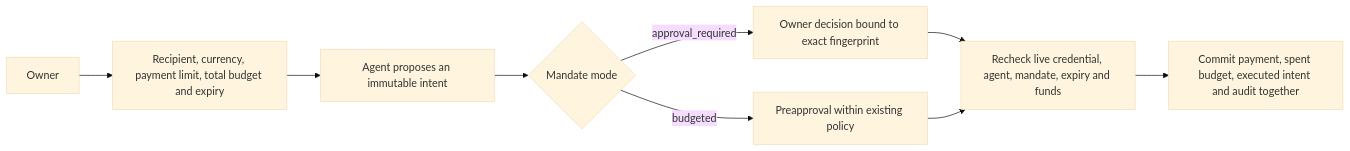
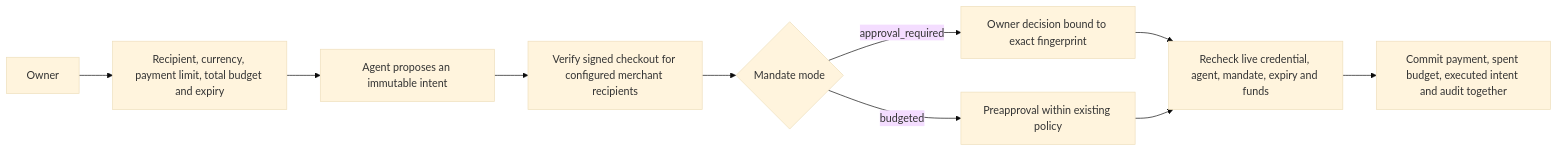
Before and after one commit to InsaneCoder789/Rail: the second of 3 diagrams in docs/README.md, drawn with Mermaid (base theme). The commit also changed other lines of this file and 20 other files, not shown here.

````diff
--- a/docs/README.md
+++ b/docs/README.md
@@ -117,11 +118,12 @@
 ```mermaid
 flowchart LR
     Owner["Owner"] --> Mandate["Recipient, currency, payment limit, total budget and expiry"]
     Mandate --> Proposal["Agent proposes an immutable intent"]
-    Proposal --> Mode{"Mandate mode"}
+    Proposal --> Quote["Verify signed checkout for configured merchant recipients"]
+    Quote --> Mode{"Mandate mode"}
     Mode -->|approval_required| Review["Owner decision bound to exact fingerprint"]
     Mode -->|budgeted| Preapproval["Preapproval within existing policy"]
     Review --> Authority["Recheck live credential, agent, mandate, expiry and funds"]
     Preapproval --> Authority
     Authority --> Commit["Commit payment, spent budget, executed intent and audit together"]
 ```
````
